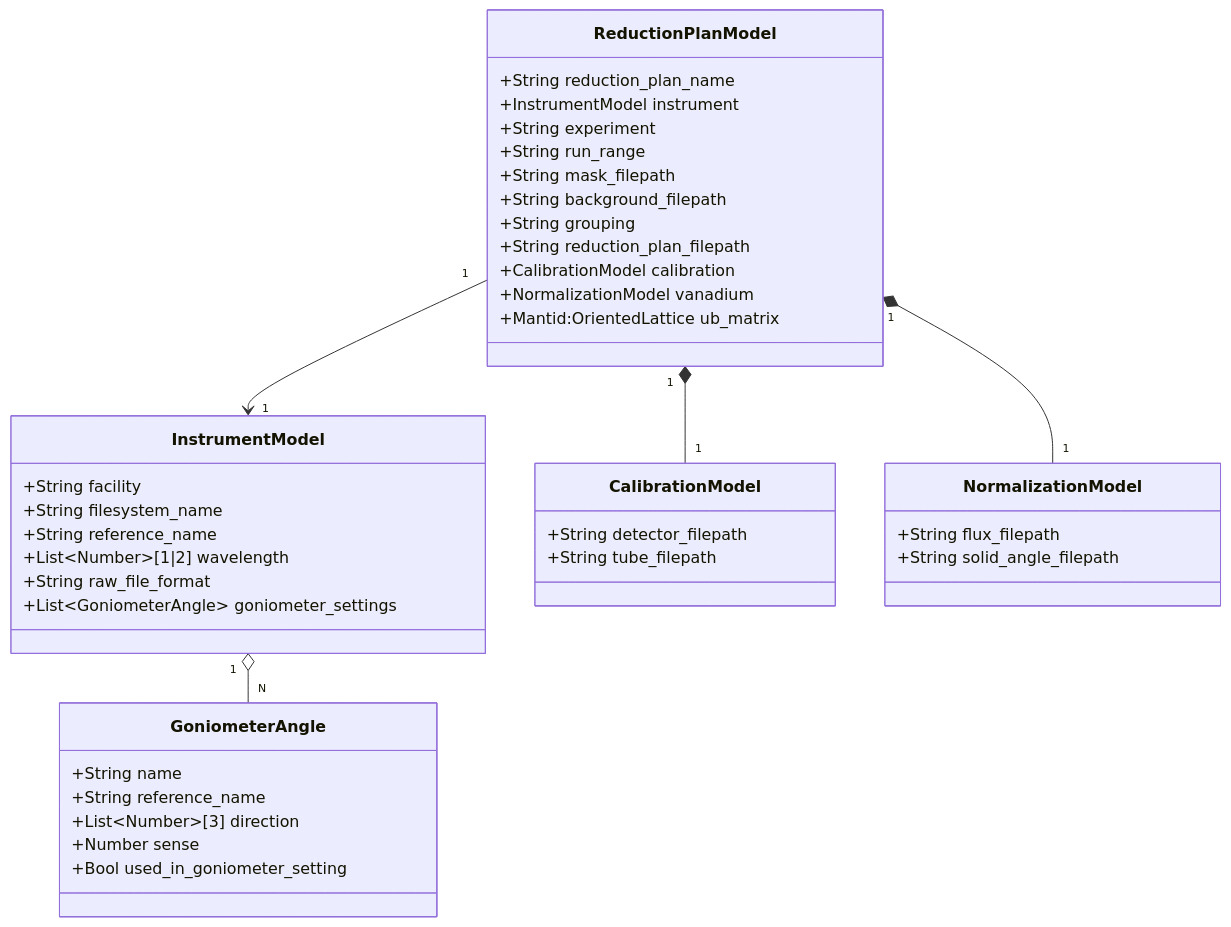
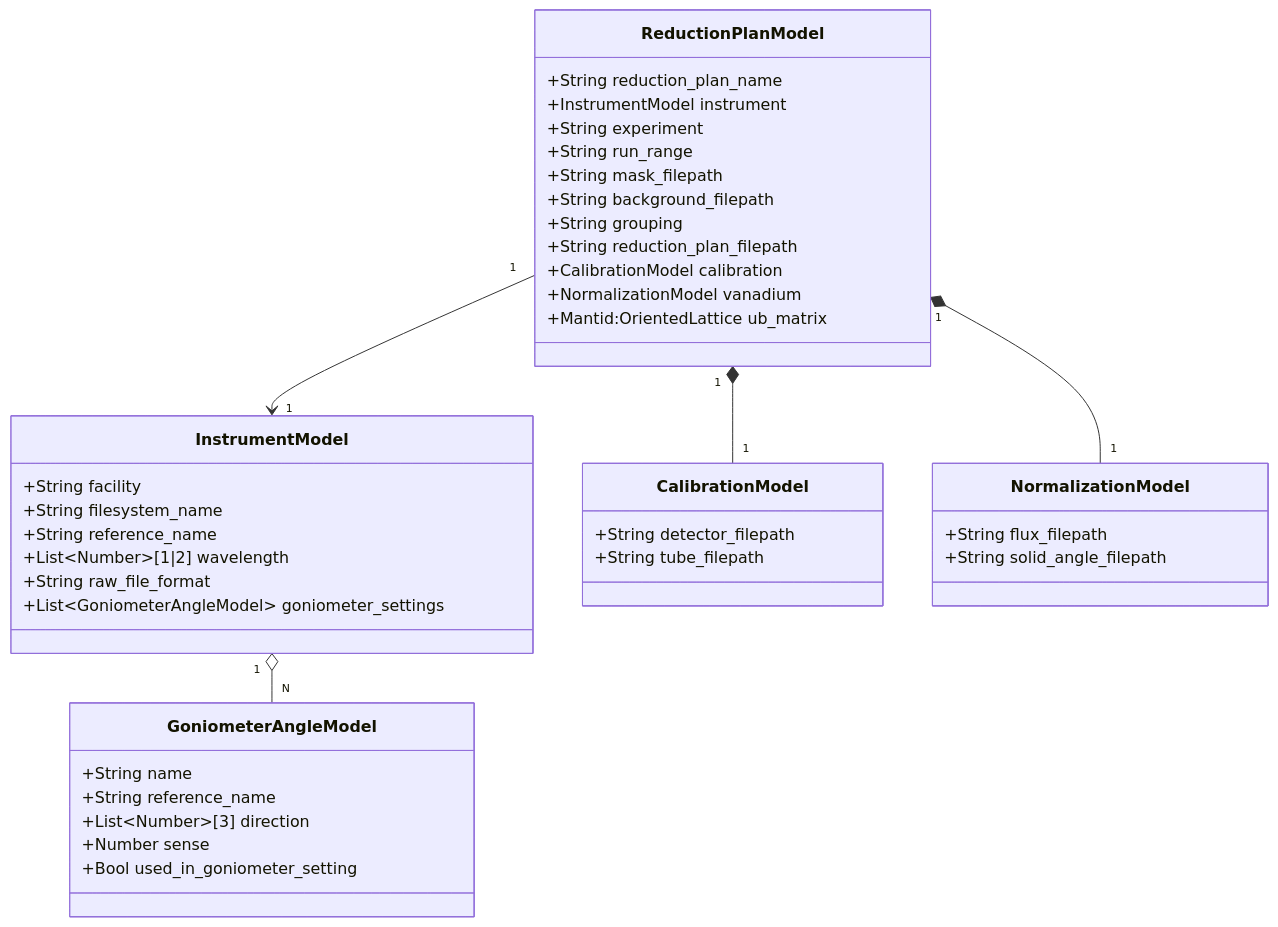
The diagram in docs/source/design/reduction_plan.rst (neutrons/garnet), drawn with Mermaid before and after one commit. The commit also changed 2 other files, not shown here.

Commit message:
relationships separated

```diff
--- a/docs/source/design/reduction_plan.rst
+++ b/docs/source/design/reduction_plan.rst
@@ -7,48 +7,48 @@
 .. mermaid::
 
  classDiagram
-    ReductionPlanModel "1" --> "1" InstrumentModel
-    ReductionPlanModel "1" *-- "1" CalibrationModel
+    ReductionPlanModel "1" -->"1" InstrumentModel
+    ReductionPlanModel "1" *--"1" CalibrationModel
     ReductionPlanModel "1" *--"1" NormalizationModel
-    InstrumentModel "1" o--"N" GoniometerAngle
+    InstrumentModel "1" o--"N" GoniometerAngleModel
 
     class ReductionPlanModel{
         +String reduction_plan_name
         +InstrumentModel instrument
         +String experiment
         +String run_range
         +String mask_filepath
         +String background_filepath
         +String grouping
         +String reduction_plan_filepath
         +CalibrationModel calibration
         +NormalizationModel vanadium
         +Mantid:OrientedLattice ub_matrix
     }
 
     class InstrumentModel{
         +String facility
         +String filesystem_name
         +String reference_name
         +List~Number~[1|2] wavelength
         +String raw_file_format
-        +List~GoniometerAngle~ goniometer_settings
+        +List~GoniometerAngleModel~ goniometer_settings
     }
 
-    class GoniometerAngle{
+    class GoniometerAngleModel{
         +String name
         +String reference_name
         +List~Number~[3] direction
         +Number sense
         +Bool used_in_goniometer_setting
     }
 
     class CalibrationModel{
         +String detector_filepath
         +String tube_filepath
     }
 
     class NormalizationModel{
         +String flux_filepath
         +String solid_angle_filepath
     }
```
